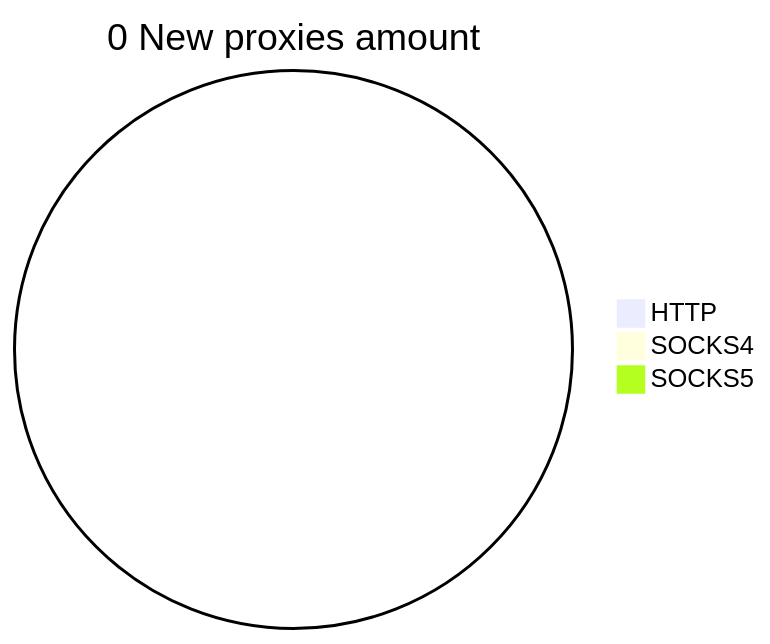
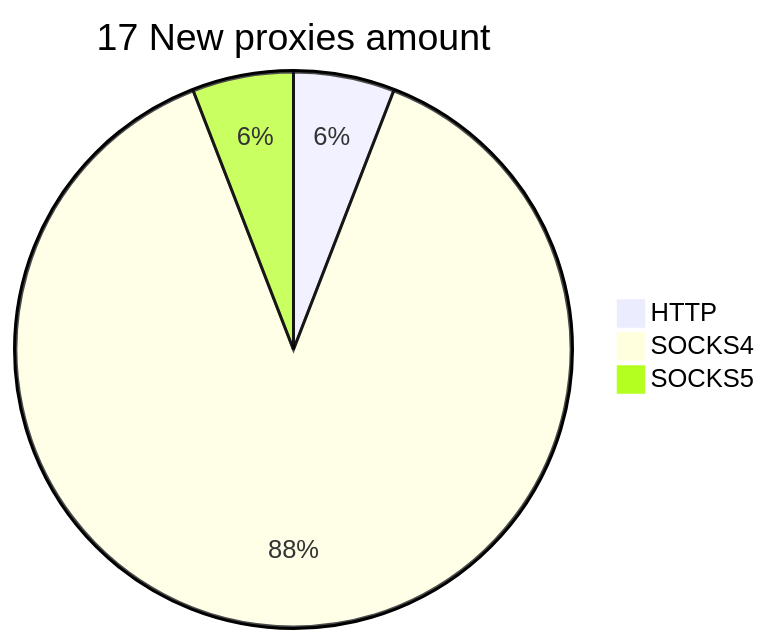
One commit to cutipu/proxylist changed the second of 2 diagrams in README.md. Above: the diagram before and after it, drawn with Mermaid. The commit also changed other lines of this file, not shown here.

````diff
--- a/README.md
+++ b/README.md
@@ -10,6 +10,6 @@
 ```mermaid
-pie title 0 New proxies amount
-    "HTTP" : 0
-    "SOCKS4" : 0
-    "SOCKS5" : 0
+pie title 17 New proxies amount
+    "HTTP" : 1
+    "SOCKS4" : 15
+    "SOCKS5" : 1
 ```
````
